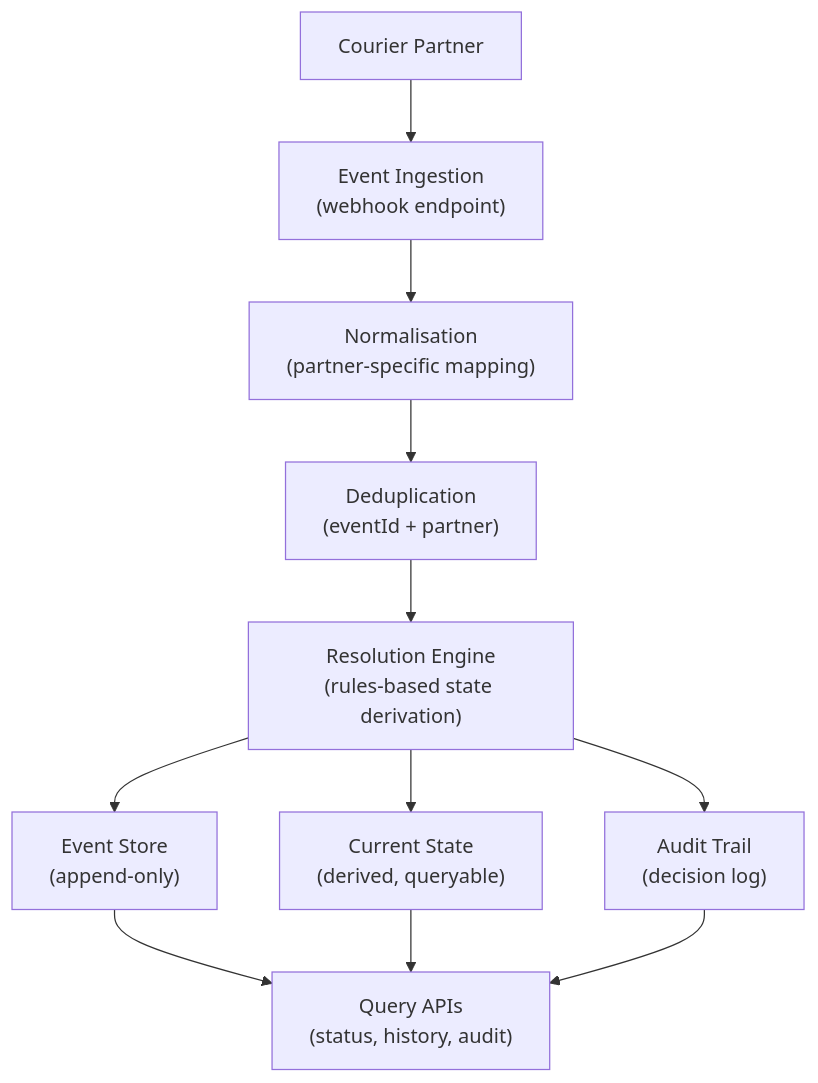
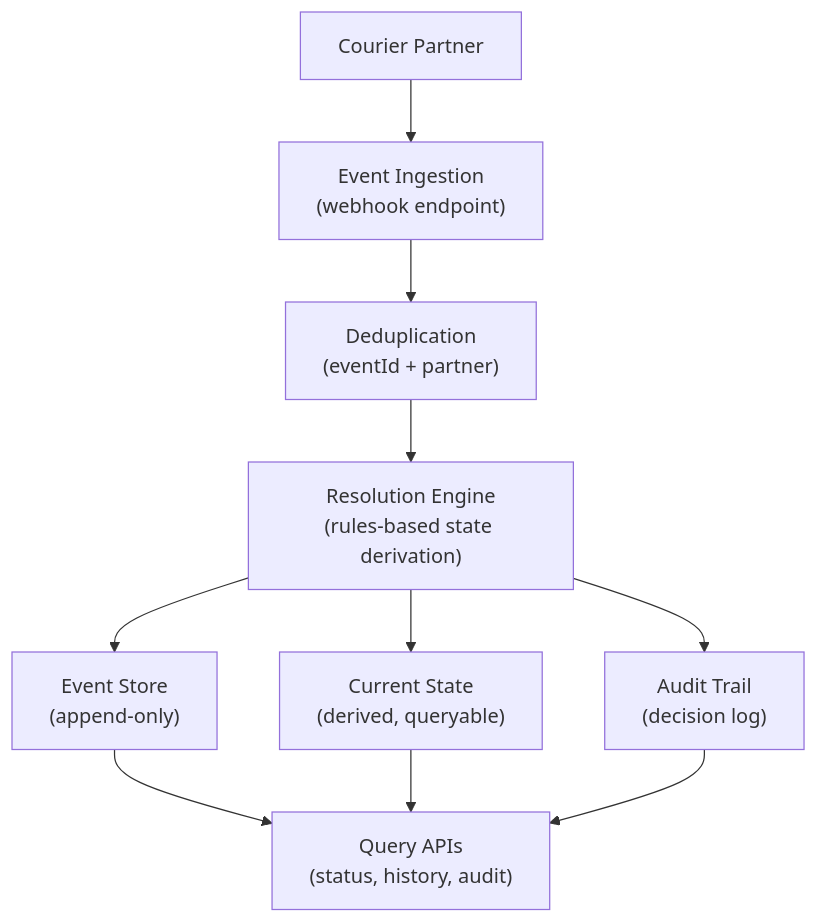
One commit to JanVDL1975/accso-tech-assessment changed the first of 3 diagrams in docs/ARCHITECTURE.md. Above: the diagram before and after it, drawn with Mermaid. The commit also changed other lines of this file and 5 other files, not shown here.

Commit message:
docs: clarify phase boundaries to reflect implementation reality. Updated architecture document:removed the Normalisation

````diff
--- a/docs/ARCHITECTURE.md
+++ b/docs/ARCHITECTURE.md
@@ -22,23 +22,21 @@
 ```mermaid
 graph TD
     P["Courier Partner"]
     IE["Event Ingestion<br/>(webhook endpoint)"]
-    NP["Normalisation<br/>(partner-specific mapping)"]
     DD["Deduplication<br/>(eventId + partner)"]
     RE["Resolution Engine<br/>(rules-based state derivation)"]
     ES["Event Store<br/>(append-only)"]
     CS["Current State<br/>(derived, queryable)"]
     AT["Audit Trail<br/>(decision log)"]
     QA["Query APIs<br/>(status, history, audit)"]
 
     P --> IE
-    IE --> NP
-    NP --> DD
+    IE --> DD
     DD --> RE
     RE --> ES
     RE --> CS
     RE --> AT
     ES --> QA
     CS --> QA
     AT --> QA
 ```
````
